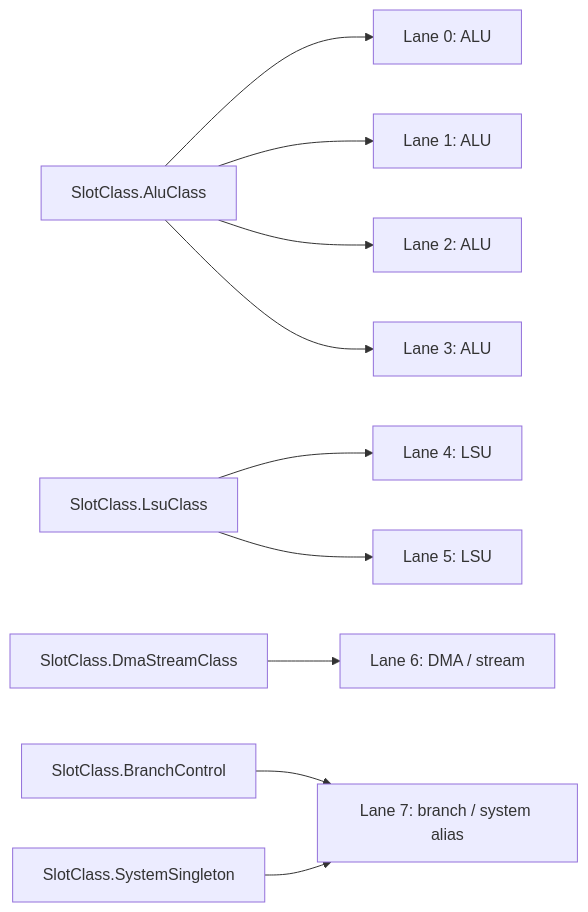
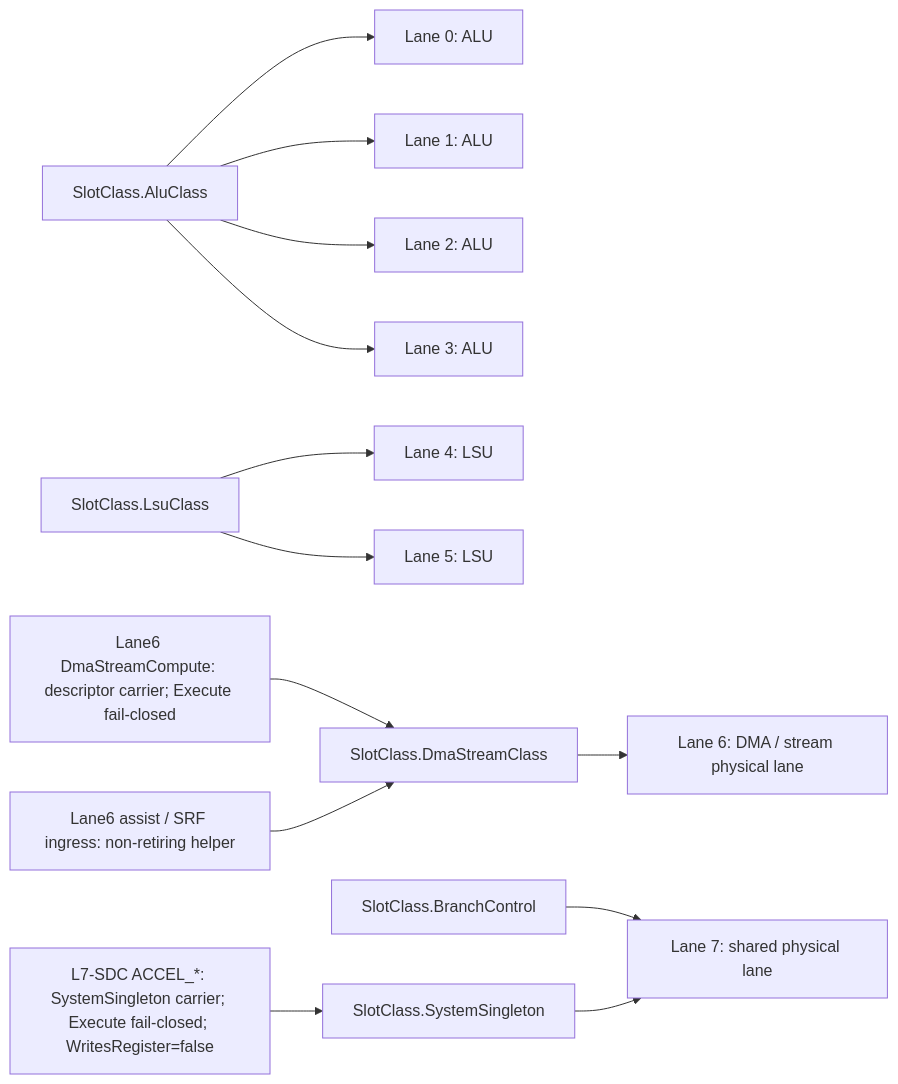
One commit to yuriyyak23/HybridCPU-v2 changed the first of 15 diagrams in README.md. Above: the diagram before and after it, drawn with Mermaid. The commit also changed other lines of this file, not shown here.

First line of the commit message:
Enhance README with updated lane and component details

````diff
--- a/README.md
+++ b/README.md
@@ -189,12 +189,15 @@
 ```mermaid
 flowchart LR
     ALU["SlotClass.AluClass"] --> L0["Lane 0: ALU"]
     ALU --> L1["Lane 1: ALU"]
     ALU --> L2["Lane 2: ALU"]
     ALU --> L3["Lane 3: ALU"]
     LSU["SlotClass.LsuClass"] --> L4["Lane 4: LSU"]
     LSU --> L5["Lane 5: LSU"]
-    DMA["SlotClass.DmaStreamClass"] --> L6["Lane 6: DMA / stream"]
-    BR["SlotClass.BranchControl"] --> L7["Lane 7: branch / system alias"]
+    DMA["SlotClass.DmaStreamClass"] --> L6["Lane 6: DMA / stream physical lane"]
+    DSC["Lane6 DmaStreamCompute: descriptor carrier; Execute fail-closed"] --> DMA
+    ASSIST6["Lane6 assist / SRF ingress: non-retiring helper"] --> DMA
+    BR["SlotClass.BranchControl"] --> L7["Lane 7: shared physical lane"]
     SYS["SlotClass.SystemSingleton"] --> L7
+    L7SDC["L7-SDC ACCEL_*: SystemSingleton carrier; Execute fail-closed; WritesRegister=false"] --> SYS
 ```
````
